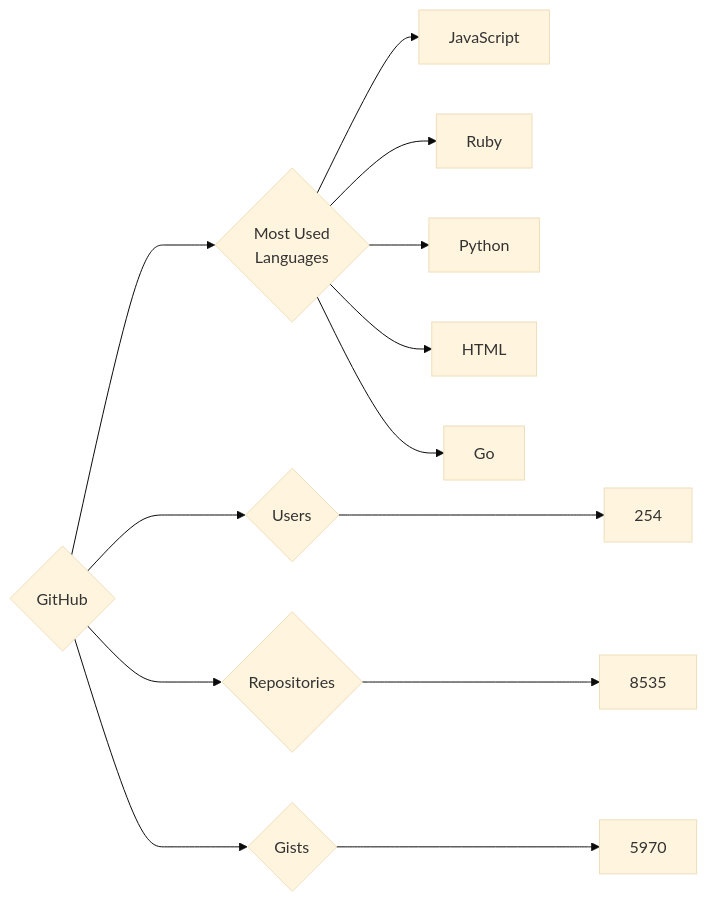
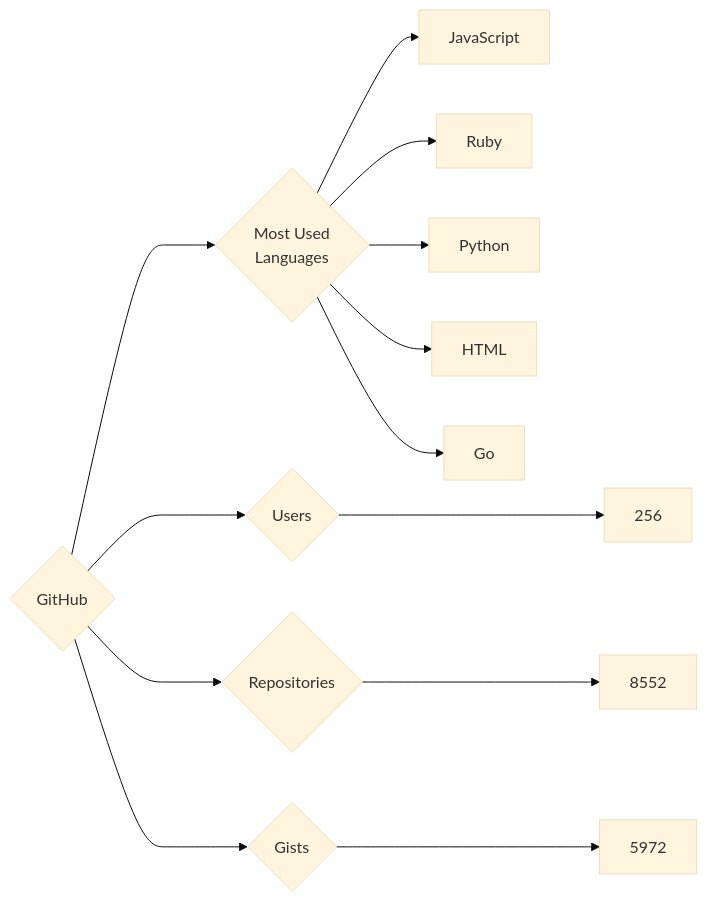
The diagram in targets/GitHub/README.md (trickest/insiders), drawn with Mermaid (base theme) before and after one commit. The commit also changed 882 other files, not shown here.

````diff
--- a/targets/GitHub/README.md
+++ b/targets/GitHub/README.md
@@ -3,13 +3,13 @@
 ```mermaid
 graph LR
 COMPANY_NAME{GitHub}
-COMPANY_NAME ---> U{Users} ---> UN[254]
-COMPANY_NAME ---> R{Repositories} ---> RN[8535]
-COMPANY_NAME ---> G{Gists} ---> GN[5970]
+COMPANY_NAME ---> U{Users} ---> UN[256]
+COMPANY_NAME ---> R{Repositories} ---> RN[8552]
+COMPANY_NAME ---> G{Gists} ---> GN[5972]
 COMPANY_NAME ---> ML{Most Used<br>Languages}
 ML --> JavaScript[JavaScript]
 ML --> Ruby[Ruby]
 ML --> Python[Python]
 ML --> HTML[HTML]
 ML --> Go[Go]
 ```
````
